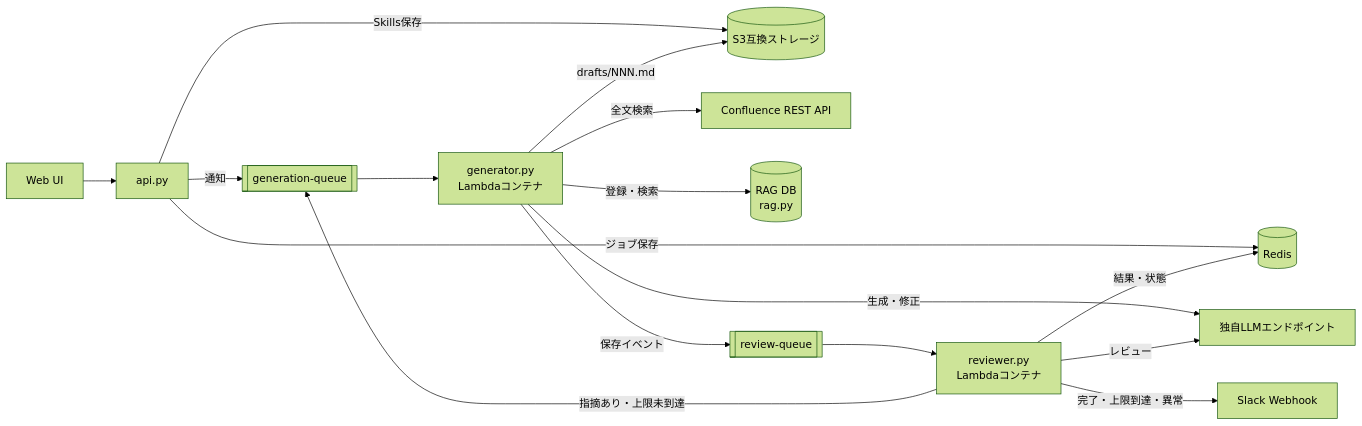
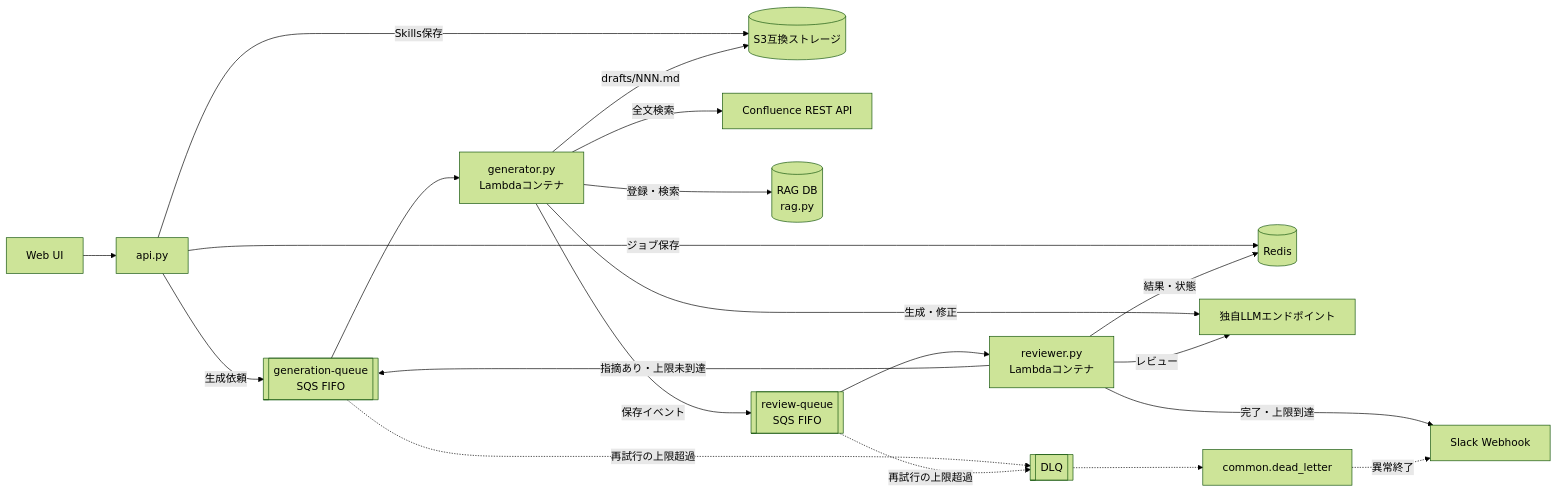
The diagram in README.md (maronnjapan/gen-document-automation), drawn with Mermaid (forest theme) before and after one commit. The commit also changed other lines of this file and 20 other files, not shown here.

````diff
--- a/README.md
+++ b/README.md
@@ -10,18 +10,19 @@
 ```mermaid
 flowchart LR
   UI[Web UI] --> API[api.py]
   API -->|ジョブ保存| Redis[(Redis)]
   API -->|Skills保存| S3[(S3互換ストレージ)]
-  API -->|通知| GQ[[generation-queue]]
+  API -->|生成依頼| GQ[[generation-queue<br/>SQS FIFO]]
   GQ --> GEN[generator.py<br/>Lambdaコンテナ]
   GEN -->|全文検索| CF[Confluence REST API]
   GEN -->|登録・検索| RAG[(RAG DB<br/>rag.py)]
   GEN -->|生成・修正| LLM[独自LLMエンドポイント]
   GEN -->|drafts/NNN.md| S3
-  GEN -->|保存イベント| RQ[[review-queue]]
+  GEN -->|保存イベント| RQ[[review-queue<br/>SQS FIFO]]
   RQ --> REV[reviewer.py<br/>Lambdaコンテナ]
   REV -->|レビュー| LLM
   REV -->|結果・状態| Redis
   REV -->|指摘あり・上限未到達| GQ
-  REV -->|完了・上限到達・異常| SL[Slack Webhook]
+  REV -->|完了・上限到達| SL[Slack Webhook]
+  GQ & RQ -.->|再試行の上限超過| DLQ[[DLQ]] -.-> DL[common.dead_letter] -.->|異常終了| SL
 ```
````
